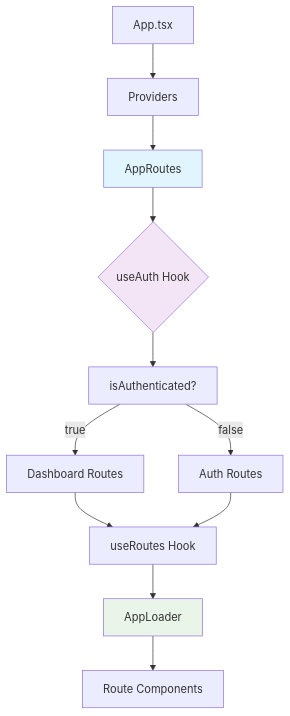
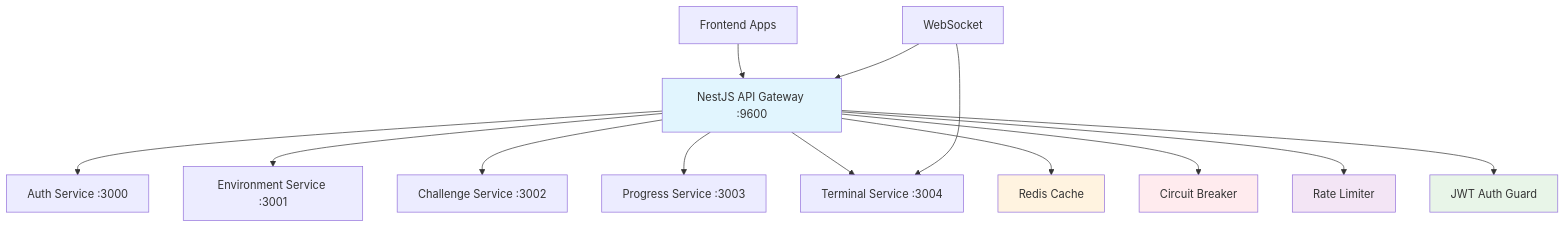
Before and after one commit to ahamedzoha/kasm-pro: the first of 5 diagrams in docs/routing-management.md, drawn with Mermaid. The commit also changed other lines of this file and 64 other files, not shown here.

````diff
--- a/docs/routing-management.md
+++ b/docs/routing-management.md
@@ -11,17 +11,24 @@
 ```mermaid
-graph TD
-    A[App.tsx] --> B[Providers]
-    B --> C[AppRoutes]
-    C --> D{useAuth Hook}
-    D --> E[isAuthenticated?]
-    E -->|true| F[Dashboard Routes]
-    E -->|false| G[Auth Routes]
-    F --> H[useRoutes Hook]
-    G --> H
-    H --> I[AppLoader]
-    I --> J[Route Components]
+graph TB
+    A[Frontend Apps] --> B[NestJS API Gateway :9600]
 
-    style C fill:#e1f5fe
-    style D fill:#f3e5f5
-    style I fill:#e8f5e8
+    B --> C[Auth Service :3000]
+    B --> D[Environment Service :3001]
+    B --> E[Challenge Service :3002]
+    B --> F[Progress Service :3003]
+    B --> G[Terminal Service :3004]
+
+    B --> H[Redis Cache]
+    B --> I[Circuit Breaker]
+    B --> J[Rate Limiter]
+    B --> K[JWT Auth Guard]
+
+    L[WebSocket] --> B
+    L --> G
+
+    style B fill:#e1f5fe
+    style H fill:#fff3e0
+    style I fill:#ffebee
+    style J fill:#f3e5f5
+    style K fill:#e8f5e8
 ```
````
